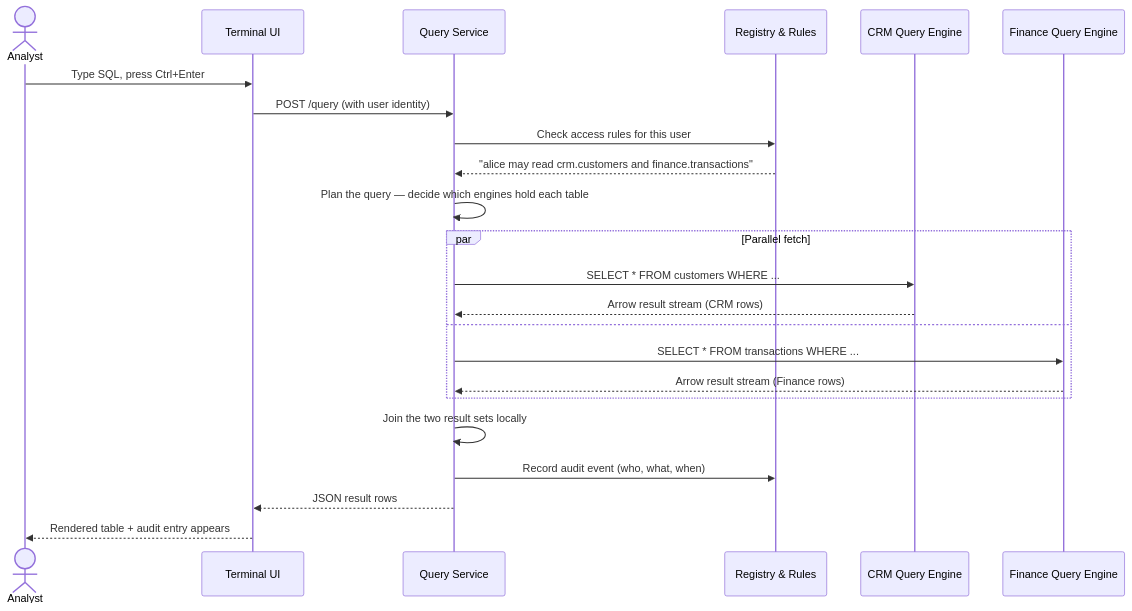
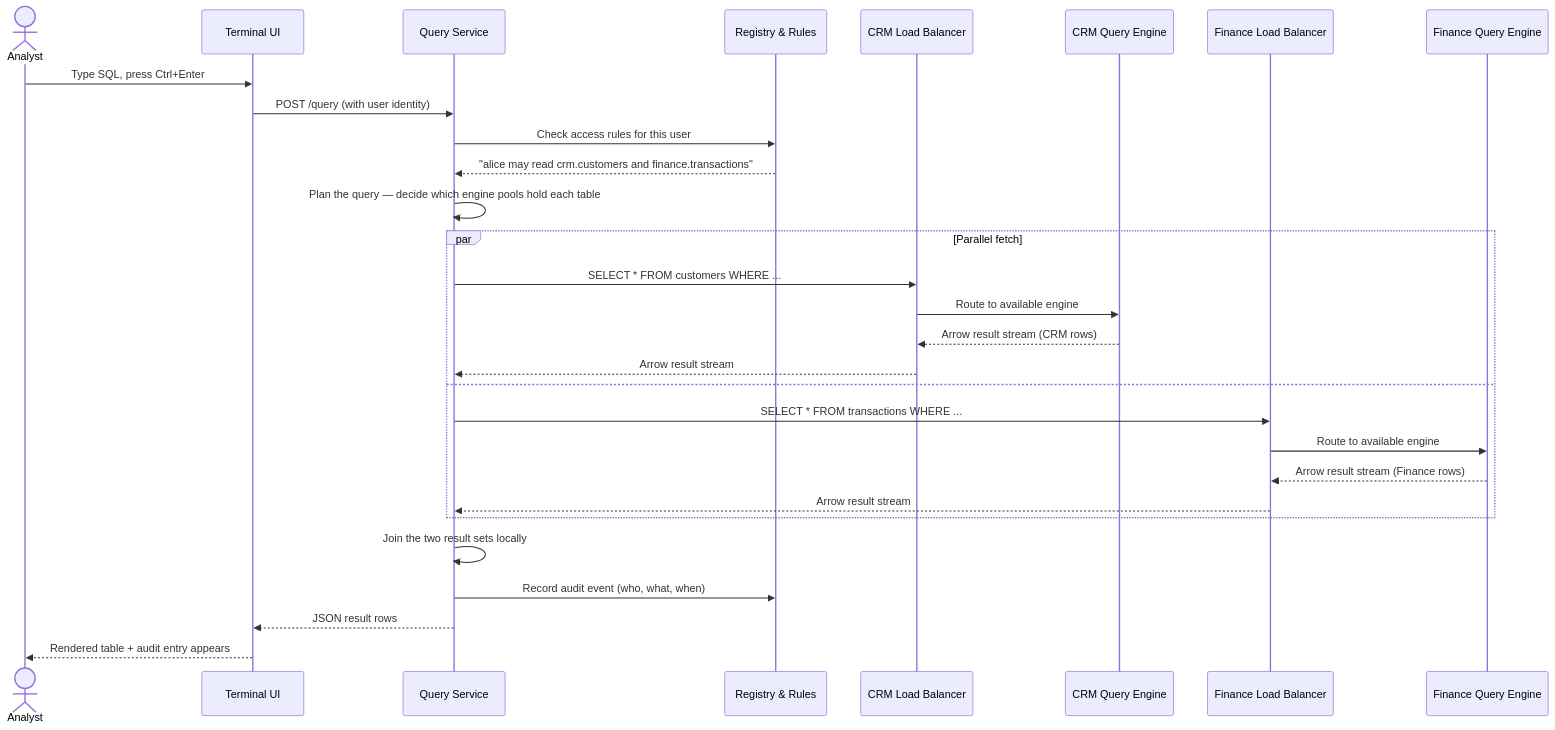
One commit to jdu/elan changed the second of 4 diagrams in TOUR.md. Above: the diagram before and after it, drawn with Mermaid. The commit also changed other lines of this file and 15 other files, not shown here.

````diff
--- a/TOUR.md
+++ b/TOUR.md
@@ -89,30 +100,36 @@
 ```mermaid
 sequenceDiagram
     actor Analyst
     participant TUI as Terminal UI
     participant Q as Query Service
     participant C as Registry & Rules
+    participant LBA as CRM Load Balancer
     participant ExA as CRM Query Engine
+    participant LBB as Finance Load Balancer
     participant ExB as Finance Query Engine
 
     Analyst->>TUI: Type SQL, press Ctrl+Enter
     TUI->>Q: POST /query  (with user identity)
 
     Q->>C: Check access rules for this user
     C-->>Q: "alice may read crm.customers and finance.transactions"
 
-    Q->>Q: Plan the query — decide which engines hold each table
+    Q->>Q: Plan the query — decide which engine pools hold each table
 
     par Parallel fetch
-        Q->>ExA: SELECT * FROM customers WHERE ...
-        ExA-->>Q: Arrow result stream (CRM rows)
+        Q->>LBA: SELECT * FROM customers WHERE ...
+        LBA->>ExA: Route to available engine
+        ExA-->>LBA: Arrow result stream (CRM rows)
+        LBA-->>Q: Arrow result stream
     and
-        Q->>ExB: SELECT * FROM transactions WHERE ...
-        ExB-->>Q: Arrow result stream (Finance rows)
+        Q->>LBB: SELECT * FROM transactions WHERE ...
+        LBB->>ExB: Route to available engine
+        ExB-->>LBB: Arrow result stream (Finance rows)
+        LBB-->>Q: Arrow result stream
     end
 
     Q->>Q: Join the two result sets locally
     Q->>C: Record audit event (who, what, when)
     Q-->>TUI: JSON result rows
     TUI-->>Analyst: Rendered table + audit entry appears
 ```
````
